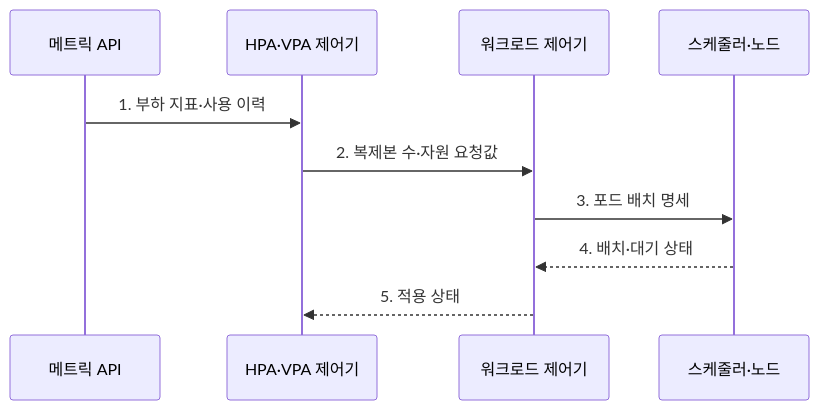
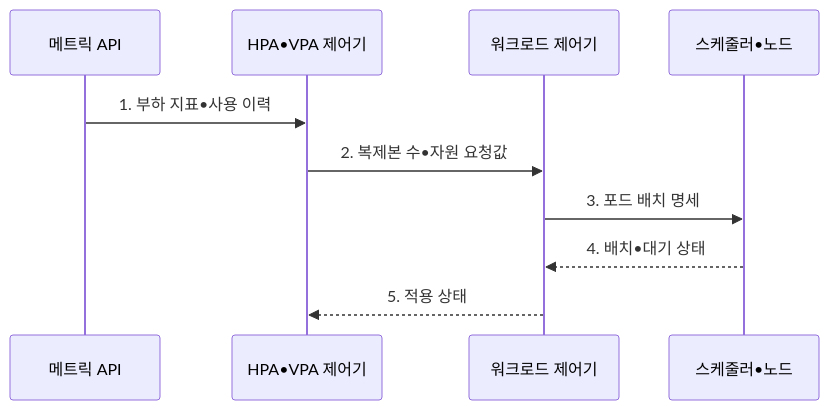
Before and after one commit to agnusdei1207/knowledge-base: the second of 2 diagrams in src/content/docs/notes/03-software/149_auto_scaling_hpa_vpa.md, drawn with Mermaid. The commit also changed other lines of this file and 953 other files, not shown here.

````diff
--- a/src/content/docs/notes/03-software/149_auto_scaling_hpa_vpa.md
+++ b/src/content/docs/notes/03-software/149_auto_scaling_hpa_vpa.md
@@ -112,12 +112,12 @@
 ```mermaid
 sequenceDiagram
     participant M as 메트릭 API
-    participant A as HPA·VPA 제어기
+    participant A as HPA•VPA 제어기
     participant W as 워크로드 제어기
-    participant S as 스케줄러·노드
-    M->>A: 1. 부하 지표·사용 이력
-    A->>W: 2. 복제본 수·자원 요청값
+    participant S as 스케줄러•노드
+    M->>A: 1. 부하 지표•사용 이력
+    A->>W: 2. 복제본 수•자원 요청값
     W->>S: 3. 포드 배치 명세
-    S-->>W: 4. 배치·대기 상태
+    S-->>W: 4. 배치•대기 상태
     W-->>A: 5. 적용 상태
 ```
````
